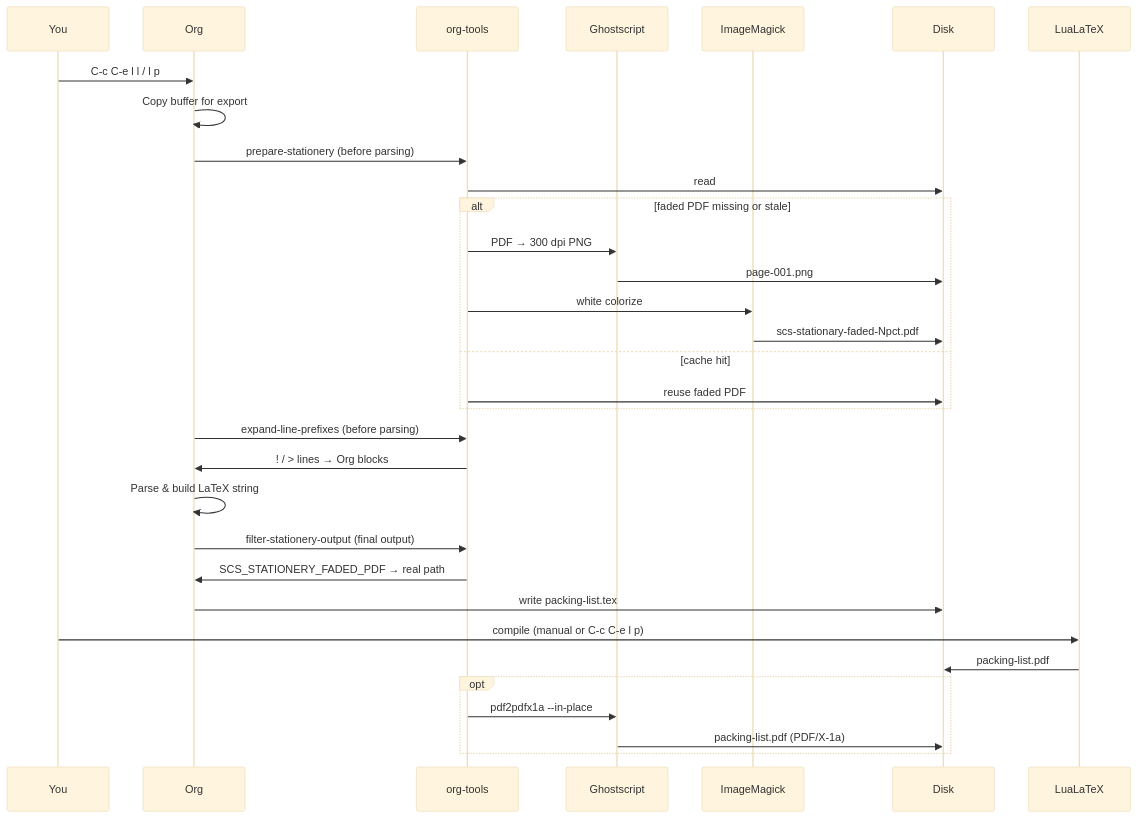
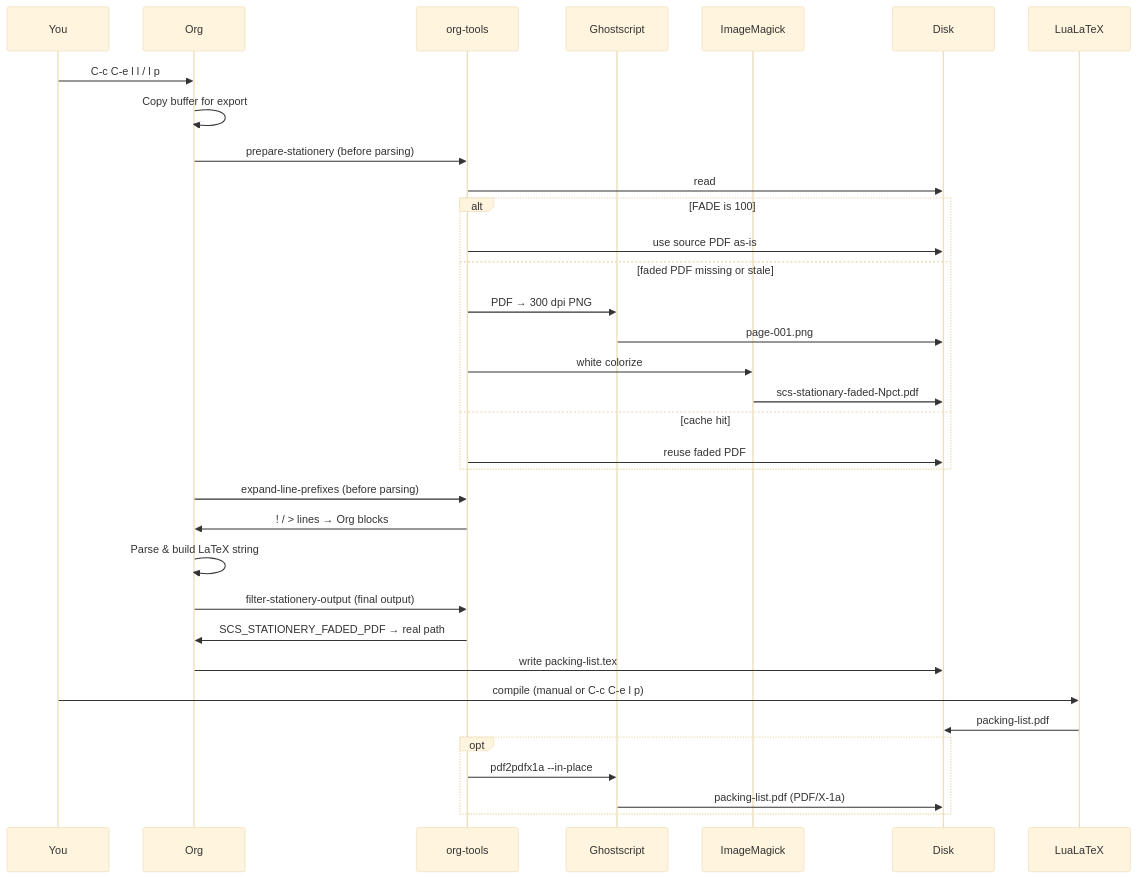
One commit to scsets/config-emacs changed the first of 2 diagrams in lisp/doc/latex-export-hook-explained.org. Above: the diagram before and after it, drawn with Mermaid (base theme). The commit also changed other lines of this file and 7 other files, not shown here.

First line of the commit message:
Point org-tools at the ~/.config/org export kit.

```diff
--- a/lisp/doc/latex-export-hook-explained.org
+++ b/lisp/doc/latex-export-hook-explained.org
@@ -32,35 +33,37 @@
 #+begin_src mermaid :file export-pipeline.png :exports results
 sequenceDiagram
   participant You
   participant Org
   participant org_tools as org-tools
   participant gs as Ghostscript
   participant magick as ImageMagick
   participant Disk
   participant LuaLaTeX
 
   You->>Org: C-c C-e l l / l p
   Org->>Org: Copy buffer for export
   Org->>org_tools: prepare-stationery (before parsing)
   org_tools->>Disk: read #+SCS_STATIONERY_FADE:
-  alt faded PDF missing or stale
+  alt FADE is 100
+    org_tools->>Disk: use source PDF as-is
+  else faded PDF missing or stale
     org_tools->>gs: PDF → 300 dpi PNG
     gs->>Disk: page-001.png
     org_tools->>magick: white colorize
     magick->>Disk: scs-stationary-faded-Npct.pdf
   else cache hit
     org_tools->>Disk: reuse faded PDF
   end
   Org->>org_tools: expand-line-prefixes (before parsing)
   org_tools->>Org: ! / > lines → Org blocks
   Org->>Org: Parse & build LaTeX string
   Org->>org_tools: filter-stationery-output (final output)
   org_tools->>Org: SCS_STATIONERY_FADED_PDF → real path
   Org->>Disk: write packing-list.tex
   You->>LuaLaTeX: compile (manual or C-c C-e l p)
   LuaLaTeX->>Disk: packing-list.pdf
   opt #+SCS_PDFX: yes
     org_tools->>gs: pdf2pdfx1a --in-place
     gs->>Disk: packing-list.pdf (PDF/X-1a)
   end
 #+end_src
```
